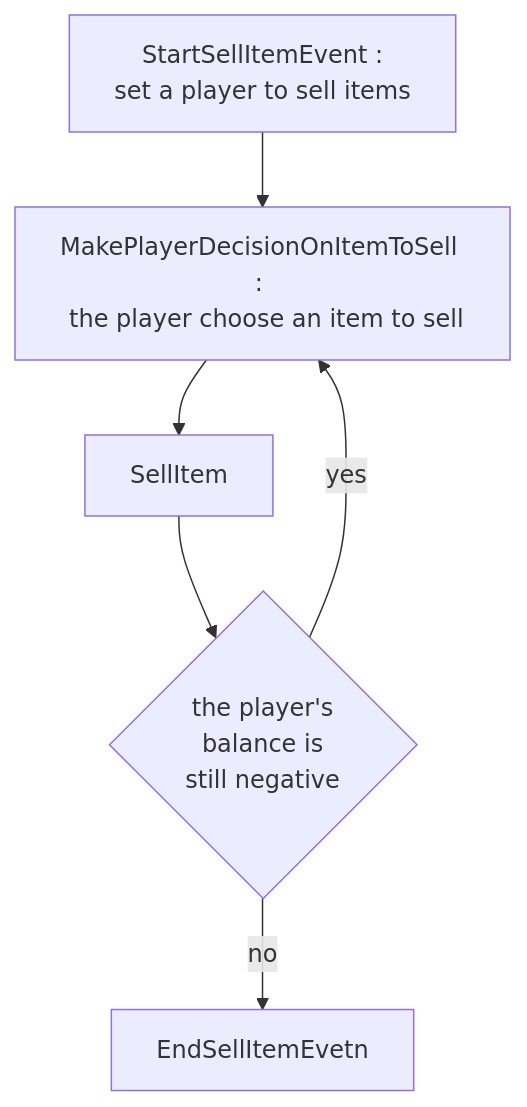
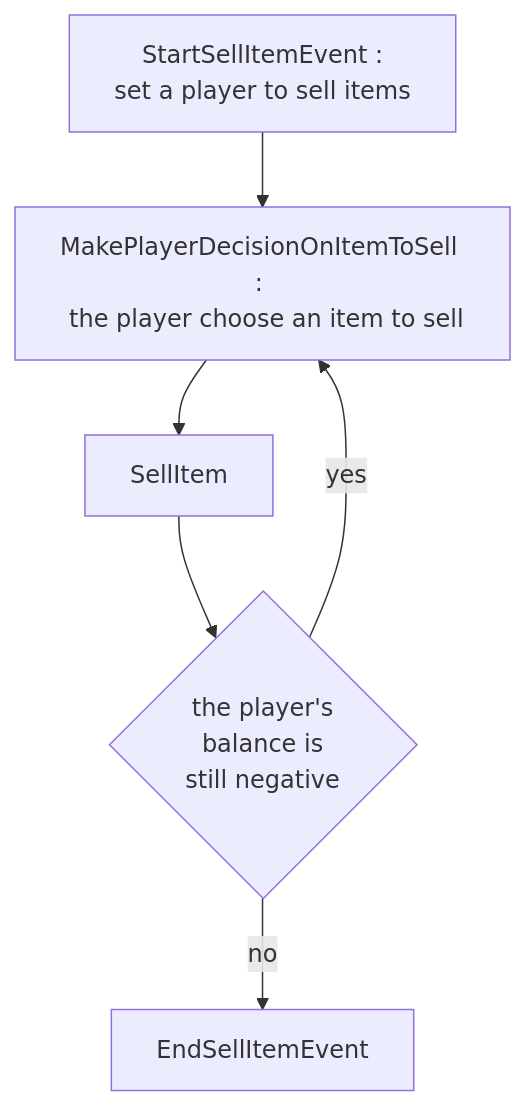
Before and after one commit to crimson206/MonopolyWithCSharp: the diagram in UML/SellItemEventFlowChart.md, drawn with Mermaid. The commit also changed 26 other files, not shown here.

Commit message:
Feature : Added SellItemEvent

````diff
--- a/UML/SellItemEventFlowChart.md
+++ b/UML/SellItemEventFlowChart.md
@@ -1,14 +1,14 @@
 ```mermaid
 flowchart TB
 A["StartSellItemEvent : \n set a player to sell items"]
 B["MakePlayerDecisionOnItemToSell : \n the player choose an item to sell"]
 C["SellItem"]
 a{"the player's \n balance is \n still negative"}
-D["EndSellItemEvetn"]
+D["EndSellItemEvent"]
 
 A --> B
 B --> C
 C --> a
 a -- yes --> B
 a -- no --> D
 ```
````
